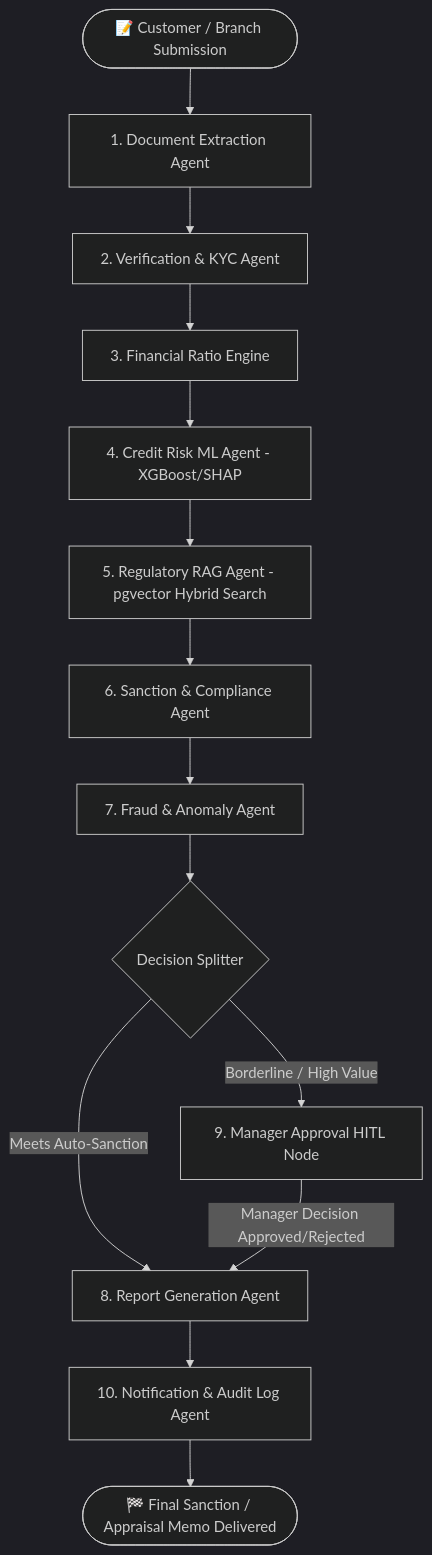
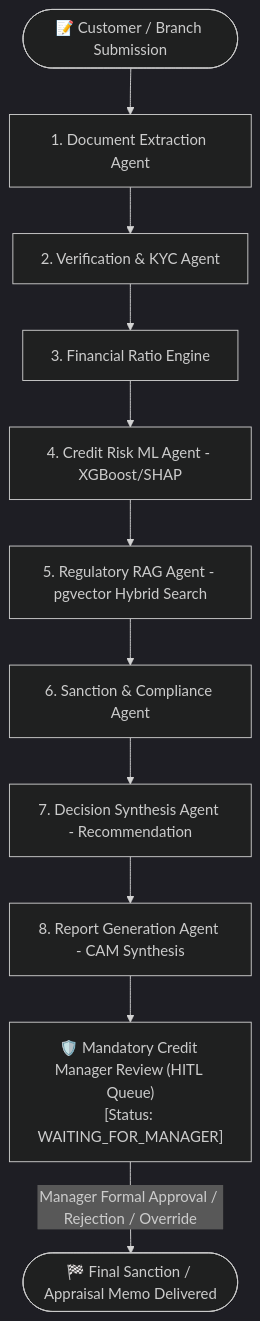
Before and after one commit to sai-kira/Intelligent-Loan-Appraisal-System: the diagram in PROJECT_SUBMISSION_REPORT.md, drawn with Mermaid (dark theme). The commit also changed 1 other file, not shown here.

Commit message:
docs: Remove auto-sanction references and clarify mandatory Credit Manager HITL review

````diff
--- a/PROJECT_SUBMISSION_REPORT.md
+++ b/PROJECT_SUBMISSION_REPORT.md
@@ -29,18 +29,14 @@
 ```mermaid
 graph TD
     A([📝 Customer / Branch Submission]) --> B[1. Document Extraction Agent]
     B --> C[2. Verification & KYC Agent]
     C --> D[3. Financial Ratio Engine]
     D --> E[4. Credit Risk ML Agent - XGBoost/SHAP]
     E --> F[5. Regulatory RAG Agent - pgvector Hybrid Search]
     F --> G[6. Sanction & Compliance Agent]
-    G --> H[7. Fraud & Anomaly Agent]
-    H --> I{Decision Splitter}
+    G --> H[7. Decision Synthesis Agent - Recommendation]
+    H --> I[8. Report Generation Agent - CAM Synthesis]
     
-    I -- Meets Auto-Sanction --> J[8. Report Generation Agent]
-    I -- Borderline / High Value --> K[9. Manager Approval HITL Node]
-    K -- Manager Decision Approved/Rejected --> J
-    
-    J --> L[10. Notification & Audit Log Agent]
-    L --> M([🏁 Final Sanction / Appraisal Memo Delivered])
+    I --> J["🛡️ Mandatory Credit Manager Review (HITL Queue)\n[Status: WAITING_FOR_MANAGER]"]
+    J -->|Manager Formal Approval / Rejection / Override| K([🏁 Final Sanction / Appraisal Memo Delivered])
 ```
````
